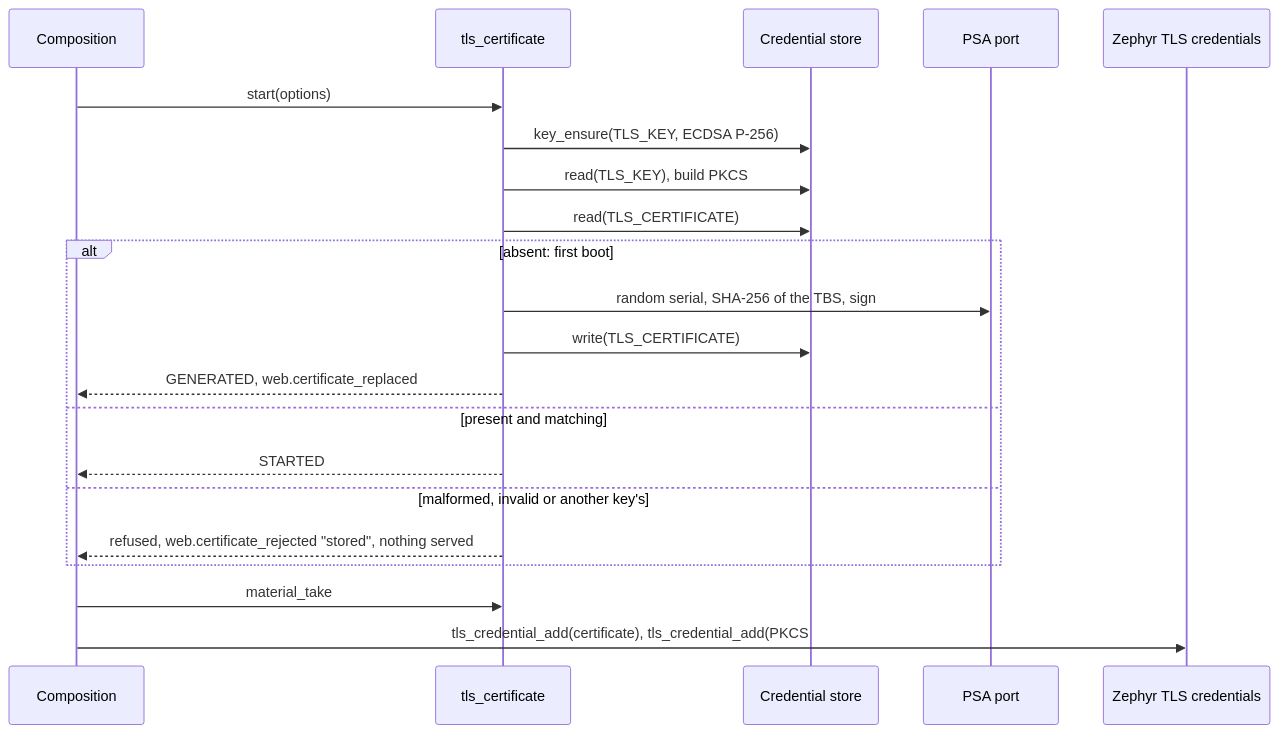
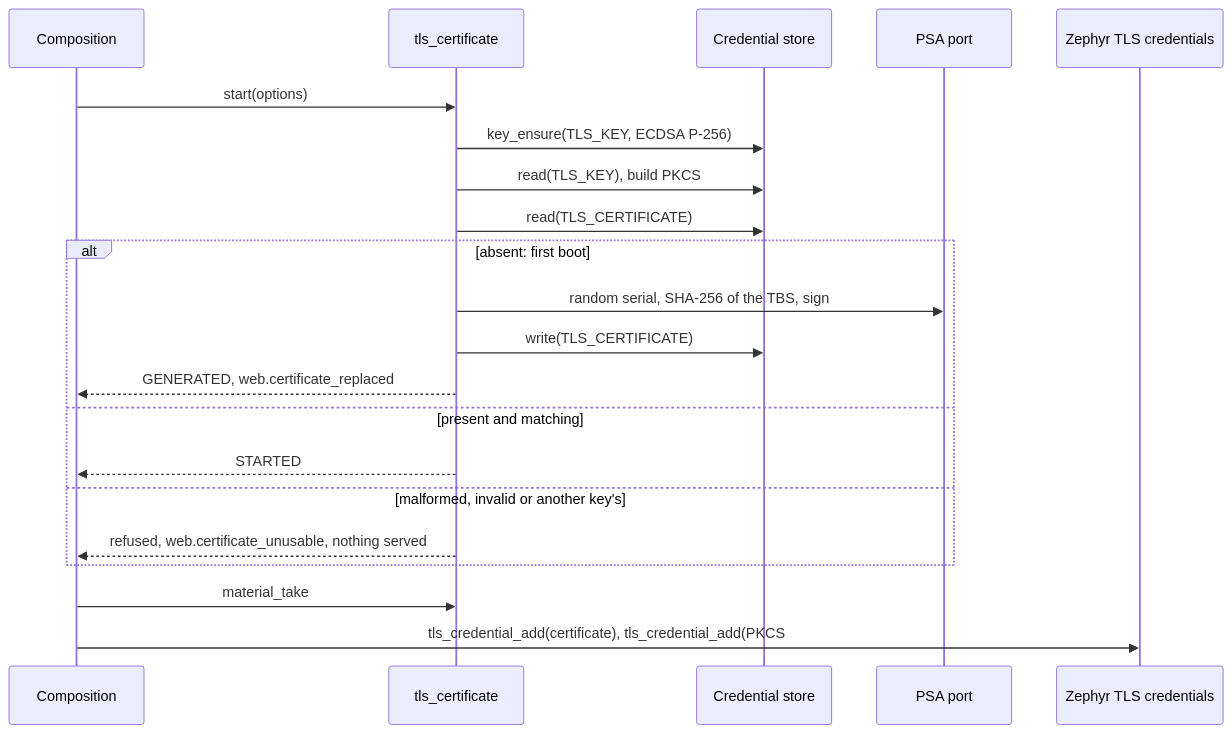
Before and after one commit to wonny-labs/crux-pilot: the second of 3 diagrams in docs/tls-certificate.md, drawn with Mermaid. The commit also changed other lines of this file and 20 other files, not shown here.

````diff
--- a/docs/tls-certificate.md
+++ b/docs/tls-certificate.md
@@ -106,23 +106,23 @@
 ```mermaid
 sequenceDiagram
     participant C as Composition
     participant T as tls_certificate
     participant S as Credential store
     participant P as PSA port
     participant Z as Zephyr TLS credentials
     C->>T: start(options)
     T->>S: key_ensure(TLS_KEY, ECDSA P-256)
     T->>S: read(TLS_KEY), build PKCS #8, clear the copy
     T->>S: read(TLS_CERTIFICATE)
     alt absent: first boot
         T->>P: random serial, SHA-256 of the TBS, sign
         T->>S: write(TLS_CERTIFICATE)
         T-->>C: GENERATED, web.certificate_replaced
     else present and matching
         T-->>C: STARTED
     else malformed, invalid or another key's
-        T-->>C: refused, web.certificate_rejected "stored", nothing served
+        T-->>C: refused, web.certificate_unusable, nothing served
     end
     C->>T: material_take
     C->>Z: tls_credential_add(certificate), tls_credential_add(PKCS #8 key)
 ```
````
